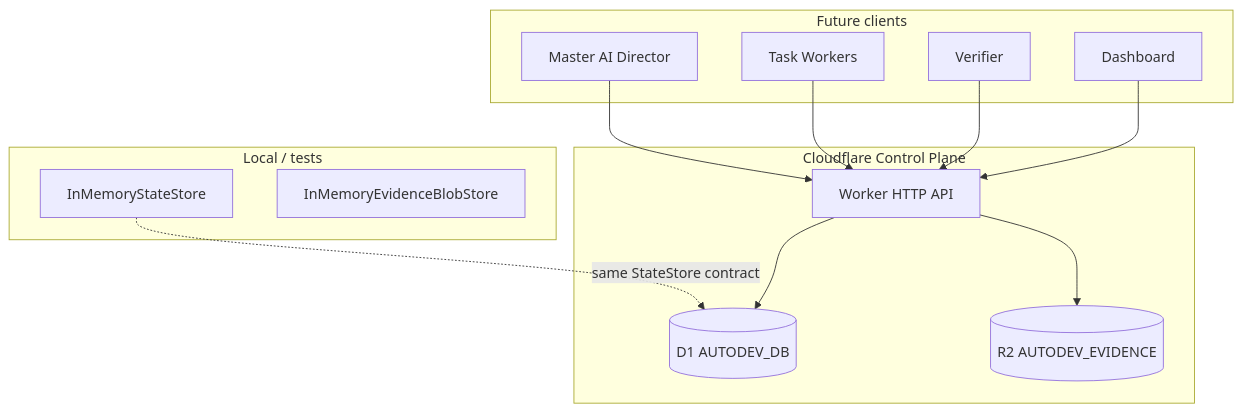
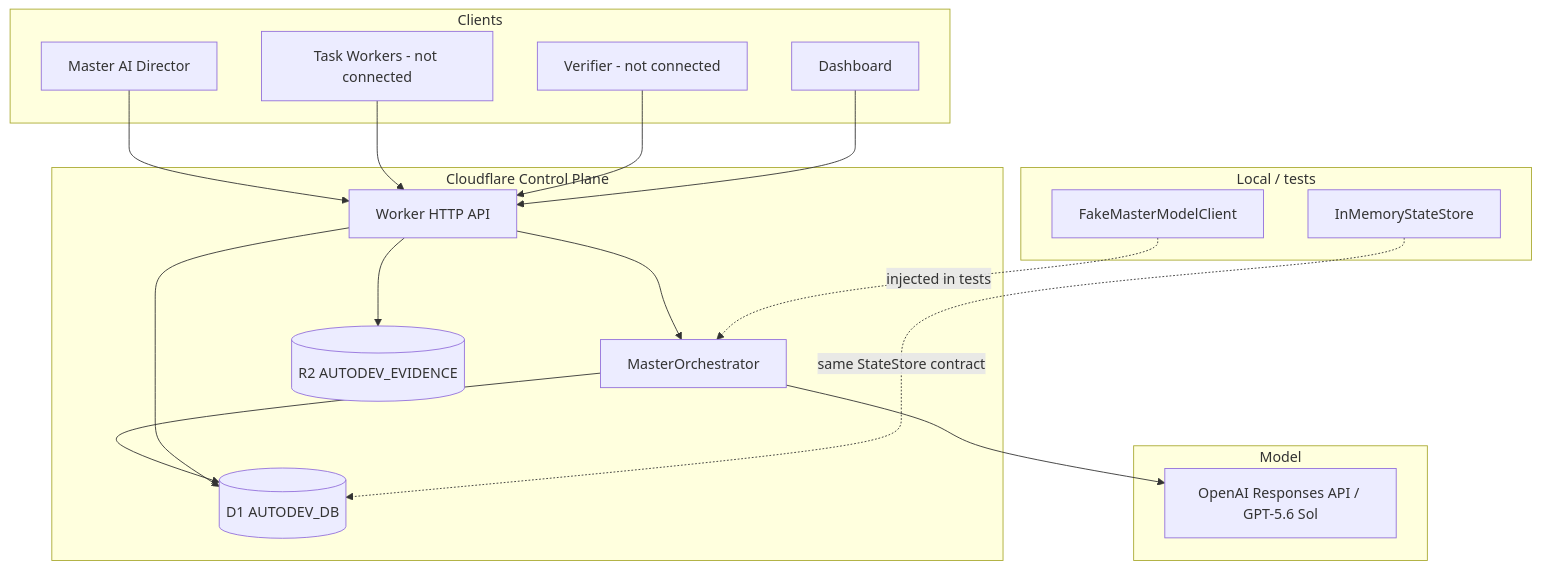
Before and after one commit to ACD052709/assayer-autodev: the diagram in README.md, drawn with Mermaid. The commit also changed other lines of this file and 31 other files, not shown here.

````diff
--- a/README.md
+++ b/README.md
@@ -9,28 +9,37 @@
 ```mermaid
 flowchart TB
-  subgraph clients [Future clients]
+  subgraph clients [Clients]
     MA[Master AI Director]
-    WK[Task Workers]
-    VF[Verifier]
+    WK[Task Workers - not connected]
+    VF[Verifier - not connected]
     DB[Dashboard]
   end
 
   subgraph control [Cloudflare Control Plane]
     API[Worker HTTP API]
+    ORCH[MasterOrchestrator]
     D1[(D1 AUTODEV_DB)]
     R2[(R2 AUTODEV_EVIDENCE)]
   end
 
+  subgraph models [Model]
+    OAI[OpenAI Responses API / GPT-5.6 Sol]
+  end
+
   subgraph local [Local / tests]
     MEM[InMemoryStateStore]
-    IBLOB[InMemoryEvidenceBlobStore]
+    FAKE[FakeMasterModelClient]
   end
 
   MA --> API
   WK --> API
   VF --> API
   DB --> API
+  API --> ORCH
+  ORCH --> D1
+  ORCH --> OAI
   API --> D1
   API --> R2
   MEM -.->|same StateStore contract| D1
+  FAKE -.->|injected in tests| ORCH
 ```
````
